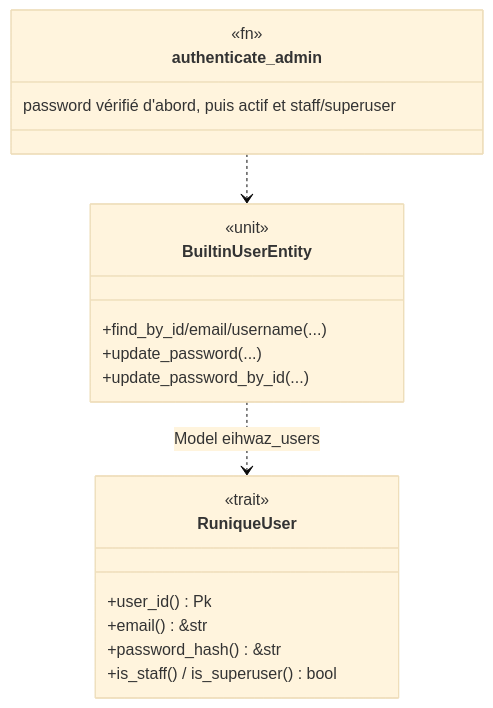
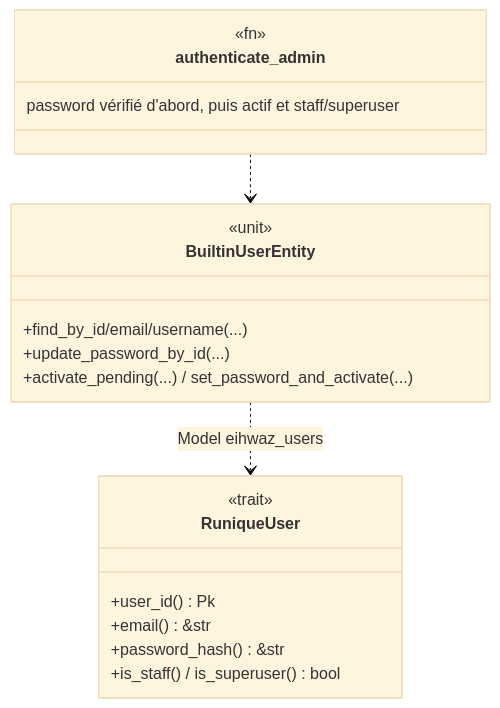
One commit to seb-alliot/runique changed the first of 3 diagrams in diagramme/uml/auth/authentification.md. Above: the diagram before and after it, drawn with Mermaid (base theme). The commit also changed 93 other files, not shown here.

````diff
--- a/diagramme/uml/auth/authentification.md
+++ b/diagramme/uml/auth/authentification.md
@@ -10,22 +10,22 @@
 ```mermaid
 classDiagram
     class RuniqueUser {
         <<trait>>
         +user_id() Pk
         +email() &str
         +password_hash() &str
         +is_staff() / is_superuser() bool
     }
     class BuiltinUserEntity {
         <<unit>>
         +find_by_id/email/username(...)
-        +update_password(...)
         +update_password_by_id(...)
+        +activate_pending(...) / set_password_and_activate(...)
     }
     class authenticate_admin {
         <<fn>>
         password vérifié d'abord, puis actif et staff/superuser
     }
     authenticate_admin ..> BuiltinUserEntity
     BuiltinUserEntity ..> RuniqueUser : Model eihwaz_users
 ```
````
